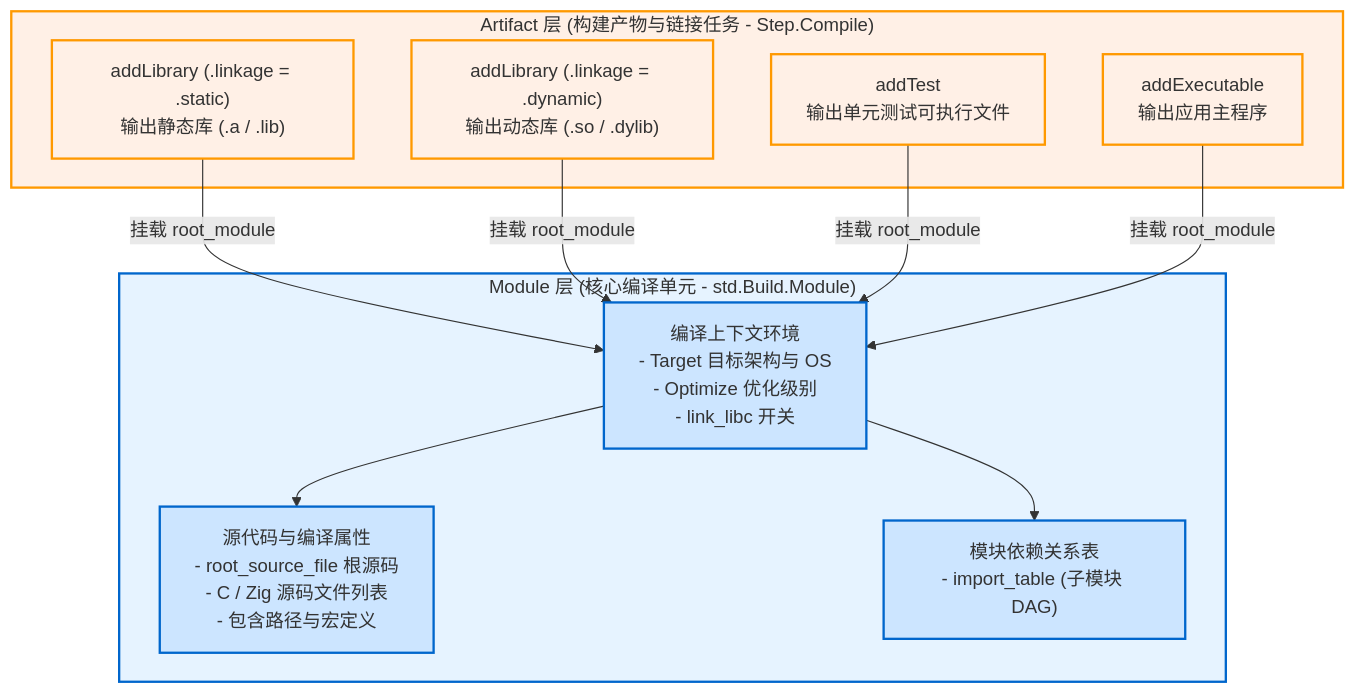
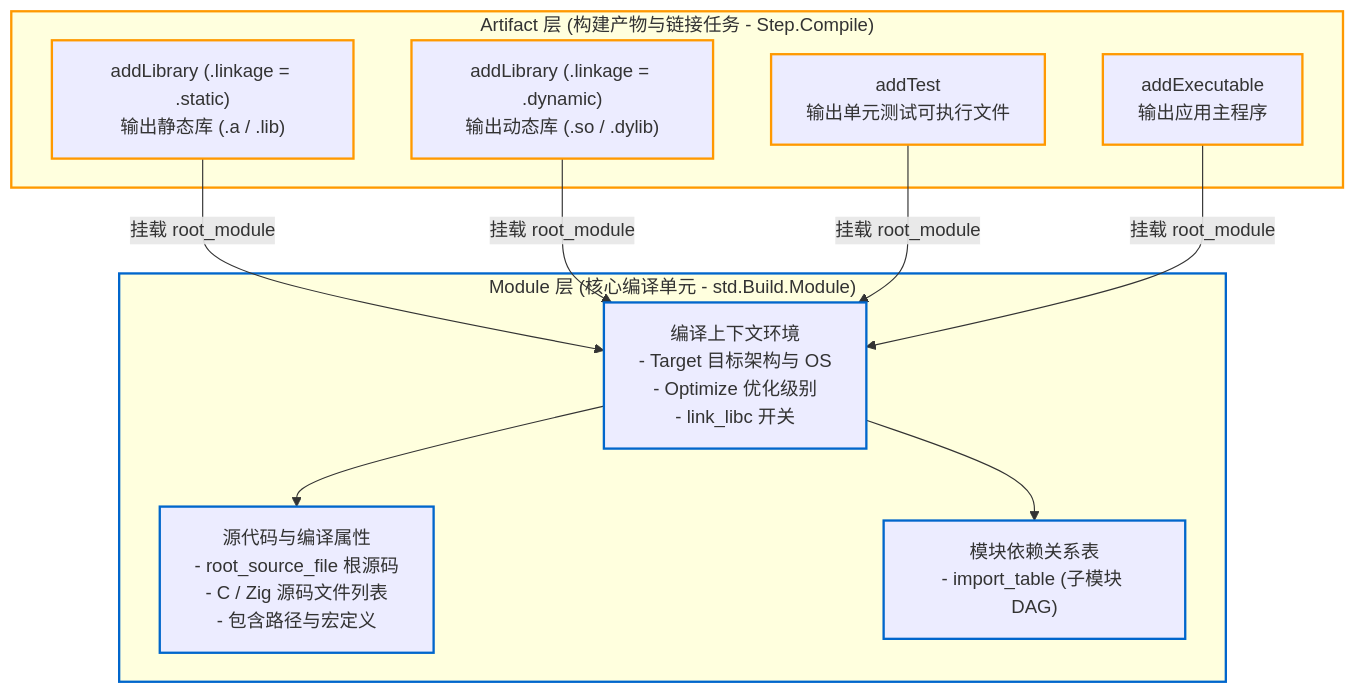
The diagram in zig-build/src/concepts/module-vs-artifact.md (jiacai2050/x), drawn with Mermaid before and after one commit. The commit also changed 65 other files, not shown here.

````diff
--- a/zig-build/src/concepts/module-vs-artifact.md
+++ b/zig-build/src/concepts/module-vs-artifact.md
@@ -31,34 +31,34 @@
 ```mermaid
 graph TD
     subgraph S_Artifact ["Artifact 层 (构建产物与链接任务 - Step.Compile)"]
         A_Static["addLibrary (.linkage = .static)<br/>输出静态库 (.a / .lib)"]
         A_Shared["addLibrary (.linkage = .dynamic)<br/>输出动态库 (.so / .dylib)"]
         A_Test["addTest<br/>输出单元测试可执行文件"]
         A_Exe["addExecutable<br/>输出应用主程序"]
     end
 
     subgraph S_Module ["Module 层 (核心编译单元 - std.Build.Module)"]
         M_Env["编译上下文环境<br/>- Target 目标架构与 OS<br/>- Optimize 优化级别<br/>- link_libc 开关"]
         M_Src["源代码与编译属性<br/>- root_source_file 根源码<br/>- C / Zig 源码文件列表<br/>- 包含路径与宏定义"]
         M_Dep["模块依赖关系表<br/>- import_table (子模块 DAG)"]
     end
 
     A_Static -- "挂载 root_module" --> M_Env
     A_Shared -- "挂载 root_module" --> M_Env
     A_Test -- "挂载 root_module" --> M_Env
     A_Exe -- "挂载 root_module" --> M_Env
 
     M_Env --> M_Src
     M_Env --> M_Dep
 
-    classDef default fill:#f8f9fa,stroke:#495057;
-    style S_Artifact fill:#fff0e6,stroke:#ff9900,stroke-width:2px;
-    style S_Module fill:#e6f3ff,stroke:#0066cc,stroke-width:2px;
-    style A_Static fill:#fff0e6,stroke:#ff9900,stroke-width:2px;
-    style A_Shared fill:#fff0e6,stroke:#ff9900,stroke-width:2px;
-    style A_Test fill:#fff0e6,stroke:#ff9900,stroke-width:2px;
-    style A_Exe fill:#fff0e6,stroke:#ff9900,stroke-width:2px;
-    style M_Env fill:#cce5ff,stroke:#0066cc,stroke-width:2px;
-    style M_Src fill:#cce5ff,stroke:#0066cc,stroke-width:2px;
-    style M_Dep fill:#cce5ff,stroke:#0066cc,stroke-width:2px;
+    classDef default stroke:#495057;
+    style S_Artifact stroke:#ff9900,stroke-width:2px;
+    style S_Module stroke:#0066cc,stroke-width:2px;
+    style A_Static stroke:#ff9900,stroke-width:2px;
+    style A_Shared stroke:#ff9900,stroke-width:2px;
+    style A_Test stroke:#ff9900,stroke-width:2px;
+    style A_Exe stroke:#ff9900,stroke-width:2px;
+    style M_Env stroke:#0066cc,stroke-width:2px;
+    style M_Src stroke:#0066cc,stroke-width:2px;
+    style M_Dep stroke:#0066cc,stroke-width:2px;
 ```
````
